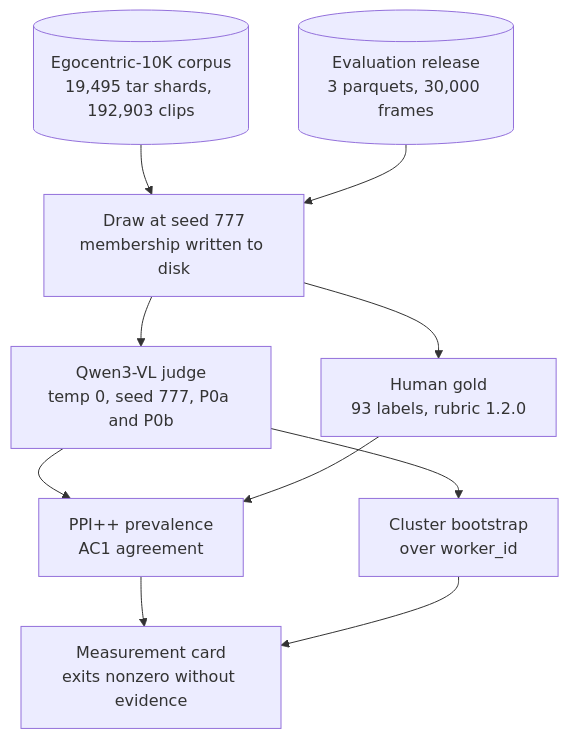
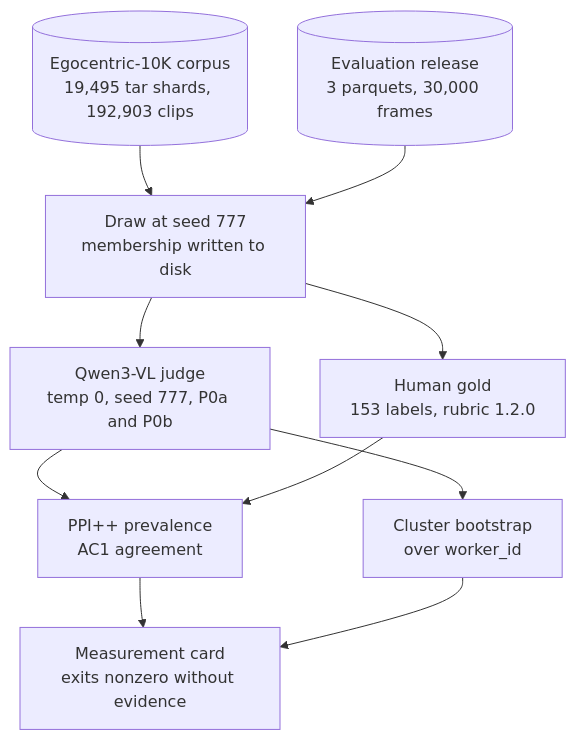
One commit to caiotheodoro/vernier changed the diagram in docs/blog-vernier.md. Above: the diagram before and after it, drawn with Mermaid. The commit also changed other lines of this file and 15 other files, not shown here.

````diff
--- a/docs/blog-vernier.md
+++ b/docs/blog-vernier.md
@@ -36,20 +36,20 @@
 ```mermaid
 flowchart TD
   C[("Egocentric-10K corpus<br/>19,495 tar shards, 192,903 clips")]
   E[("Evaluation release<br/>3 parquets, 30,000 frames")]
   D["Draw at seed 777<br/>membership written to disk"]
   J["Qwen3-VL judge<br/>temp 0, seed 777, P0a and P0b"]
-  H["Human gold<br/>93 labels, rubric 1.2.0"]
+  H["Human gold<br/>153 labels, rubric 1.2.0"]
   P["PPI++ prevalence<br/>AC1 agreement"]
   B["Cluster bootstrap<br/>over worker_id"]
   M["Measurement card<br/>exits nonzero without evidence"]
   C --> D
   E --> D
   D --> J
   D --> H
   J --> P
   H --> P
   J --> B
   P --> M
   B --> M
 ```
````
